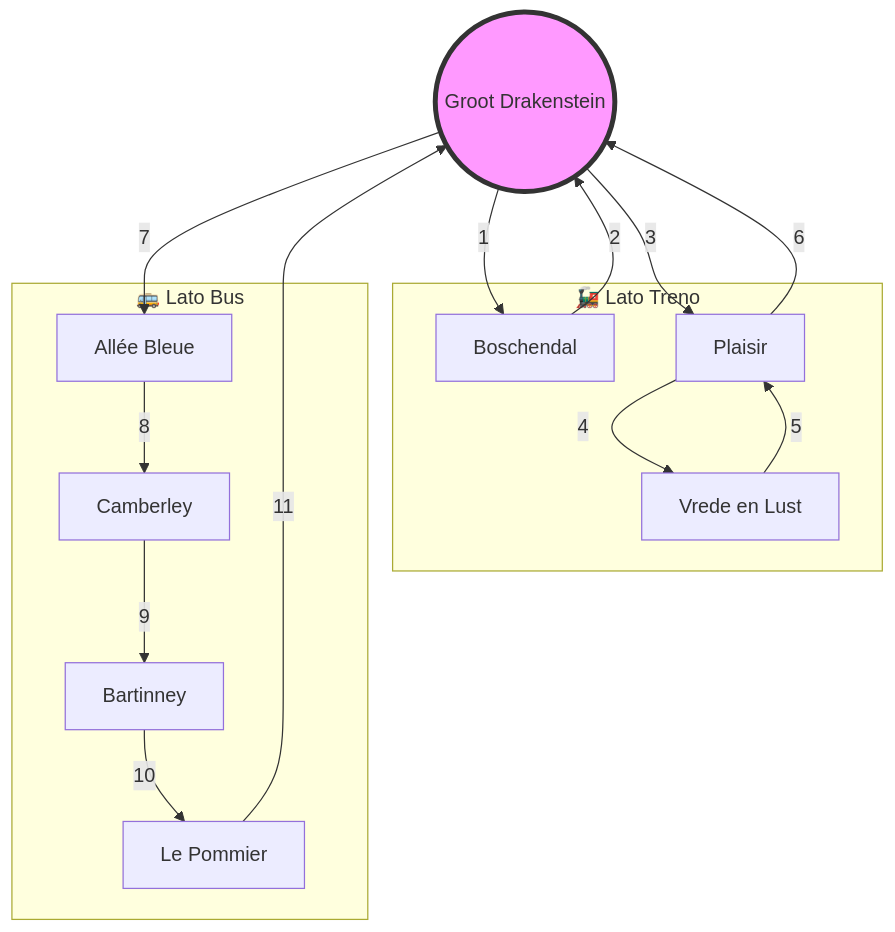
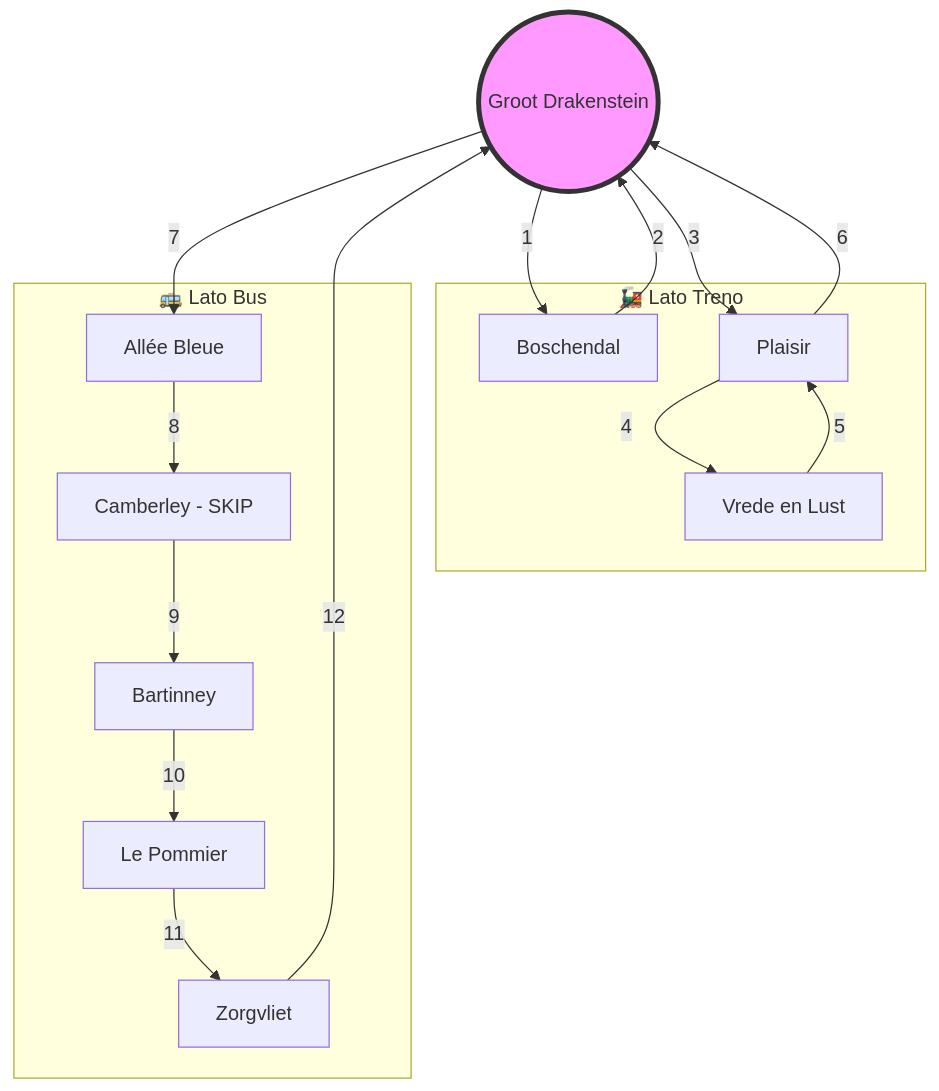
The diagram in 2026-02-23.md (palladius/lobby-sudafrica-journal), drawn with Mermaid before and after one commit. The commit also changed other lines of this file, not shown here.

Commit message:
docs: Final definitive version for Feb 23 (Corrected Zorgvliet and Le Pommier sequence)

````diff
--- a/2026-02-23.md
+++ b/2026-02-23.md
@@ -24,33 +21,35 @@
 ```mermaid
 graph TD
     HUB((Groot Drakenstein))
     style HUB fill:#f9f,stroke:#333,stroke-width:4px
 
     subgraph TRAM_LOOP [🚂 Lato Treno]
         B[Boschendal]
         P[Plaisir]
         VL[Vrede en Lust]
     end
 
     subgraph BUS_LOOP [🚌 Lato Bus]
         AB[Allée Bleue]
-        C[Camberley]
+        C[Camberley - SKIP]
         BA[Bartinney]
         LP[Le Pommier]
+        Z[Zorgvliet]
     end
 
     %% Percorso Treno
     HUB -->|1| B
     B -->|2| HUB
     HUB -->|3| P
     P -->|4| VL
     VL -->|5| P
     P -->|6| HUB
 
     %% Percorso Bus
     HUB -->|7| AB
     AB -->|8| C
     C -->|9| BA
     BA -->|10| LP
-    LP -->|11| HUB
+    LP -->|11| Z
+    Z -->|12| HUB
 ```
````
